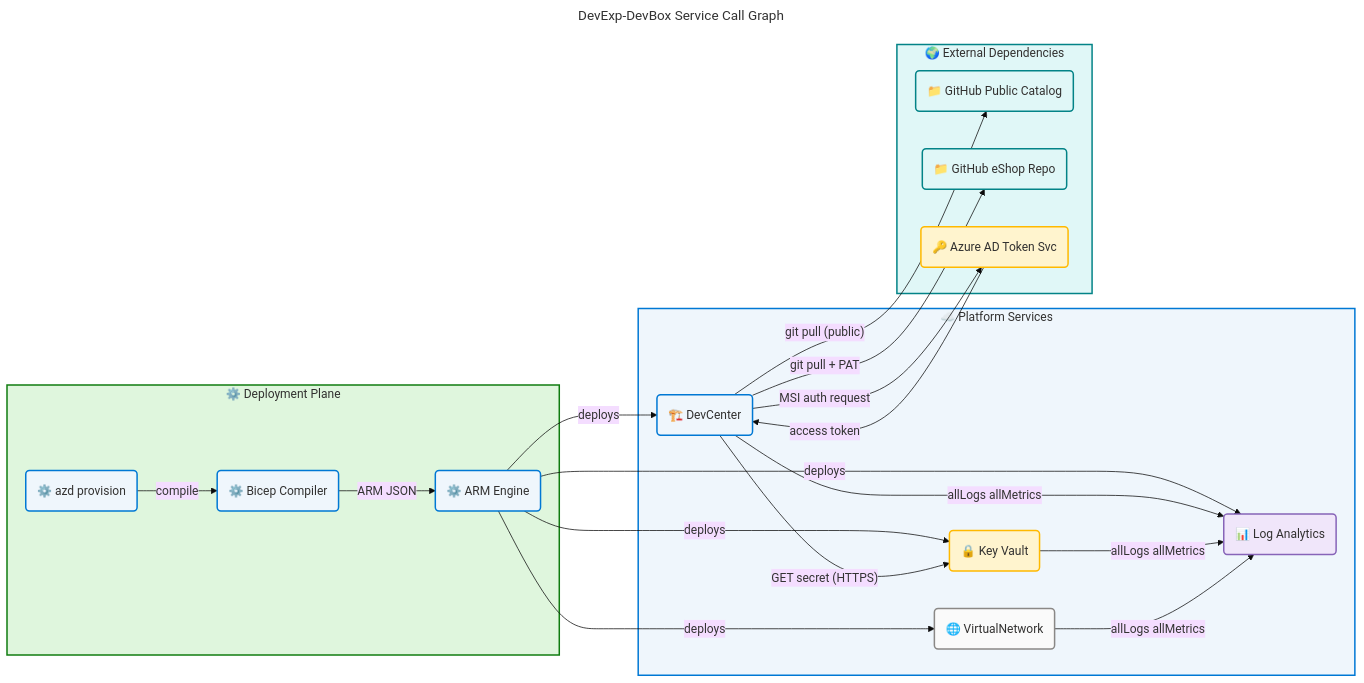
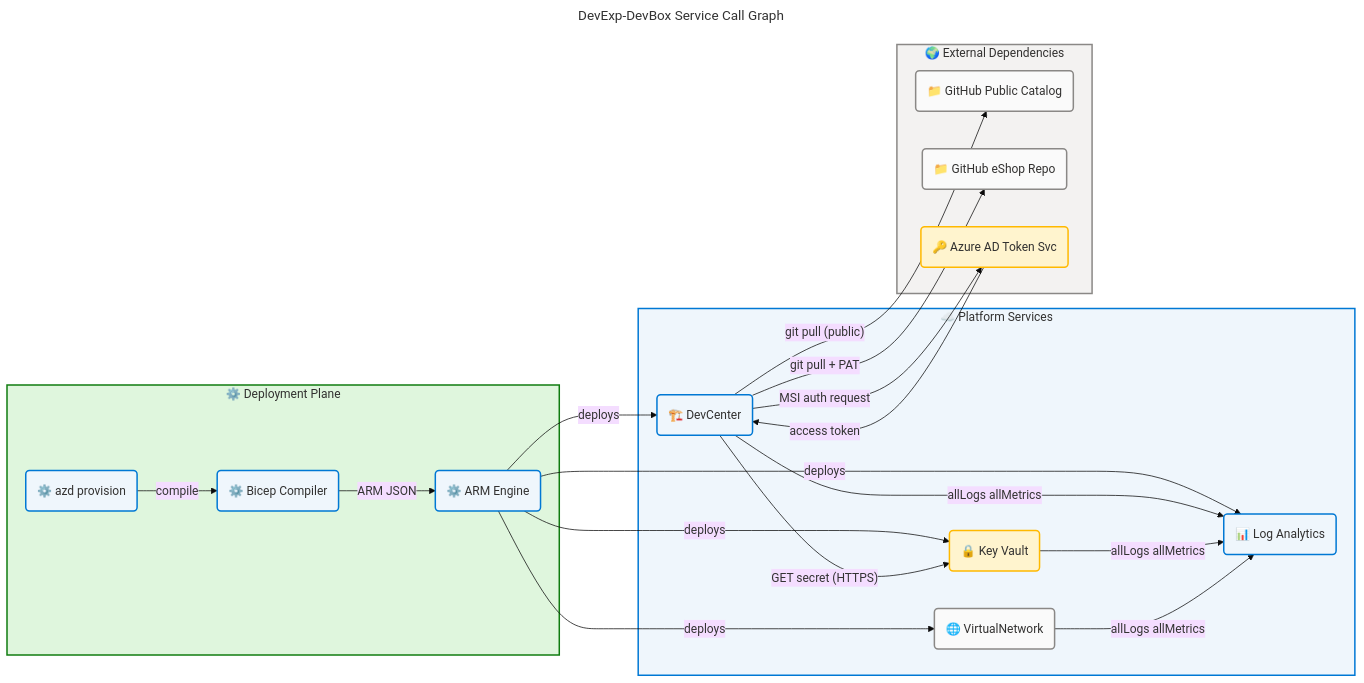
Before and after one commit to Evilazaro/DevExp-DevBox: the sixth of 7 diagrams in docs/architecture/application-architecture.md, drawn with Mermaid. The commit also changed other lines of this file, not shown here.

Commit message:
refactor: Update Mermaid diagram styles for improved visual consistency in application architecture documentation

````diff
--- a/docs/architecture/application-architecture.md
+++ b/docs/architecture/application-architecture.md
@@ -1395,71 +1388,69 @@
 ```mermaid
 ---
 title: "DevExp-DevBox Service Call Graph"
 config:
   theme: base
   look: classic
   layout: dagre
   themeVariables:
     fontSize: '16px'
   flowchart:
     htmlLabels: true
 ---
 flowchart LR
     accTitle: DevExp-DevBox Service Call Graph
     accDescr: Runtime and deployment service-to-service dependencies with protocols and directions
 
 %% ═══════════════════════════════════════════════════════════════════════════
 %% AZURE / FLUENT ARCHITECTURE PATTERN v1.1
 %% (Semantic + Structural + Font + Accessibility Governance)
 %% ═══════════════════════════════════════════════════════════════════════════
 %% PHASE 1 - FLUENT UI: All styling uses approved Fluent UI palette only
 %% PHASE 2 - GROUPS: Every subgraph has semantic color via style directive
 %% PHASE 3 - COMPONENTS: Every node has semantic classDef + icon prefix
 %% PHASE 4 - ACCESSIBILITY: accTitle/accDescr present, WCAG AA contrast
 %% PHASE 5 - STANDARD: Governance block present, classDefs centralized
 %% ═══════════════════════════════════════════════════════════════════════════
 
     subgraph Deploy["⚙️ Deployment Plane"]
         AZD2("⚙️ azd provision"):::core
         ARM2("⚙️ ARM Engine"):::core
         BicepC("⚙️ Bicep Compiler"):::core
     end
 
     subgraph Platform["☁️ Platform Services"]
         DCtwo("🏗️ DevCenter"):::core
         KVtwo("🔒 Key Vault"):::warning
-        LAtwo("📊 Log Analytics"):::data
+        LAtwo("📊 Log Analytics"):::core
         VNtwo("🌐 VirtualNetwork"):::neutral
     end
 
     subgraph ExternalDeps["🌍 External Dependencies"]
-        GHpub2("📁 GitHub Public Catalog"):::external
-        GHpriv2("📁 GitHub eShop Repo"):::external
+        GHpub2("📁 GitHub Public Catalog"):::neutral
+        GHpriv2("📁 GitHub eShop Repo"):::neutral
         ADtoken("🔑 Azure AD Token Svc"):::warning
     end
 
     AZD2 -->|"compile"| BicepC
     BicepC -->|"ARM JSON"| ARM2
     ARM2 -->|"deploys"| DCtwo
     ARM2 -->|"deploys"| KVtwo
     ARM2 -->|"deploys"| LAtwo
     ARM2 -->|"deploys"| VNtwo
     DCtwo -->|"MSI auth request"| ADtoken
     ADtoken -->|"access token"| DCtwo
     DCtwo -->|"GET secret (HTTPS)"| KVtwo
     DCtwo -->|"git pull (public)"| GHpub2
     DCtwo -->|"git pull + PAT"| GHpriv2
     DCtwo -->|"allLogs allMetrics"| LAtwo
     KVtwo -->|"allLogs allMetrics"| LAtwo
     VNtwo -->|"allLogs allMetrics"| LAtwo
 
     style Deploy fill:#DFF6DD,stroke:#107C10,stroke-width:2px,color:#323130
     style Platform fill:#EFF6FC,stroke:#0078D4,stroke-width:2px,color:#323130
-    style ExternalDeps fill:#E0F7F7,stroke:#038387,stroke-width:2px,color:#323130
+    style ExternalDeps fill:#F3F2F1,stroke:#8A8886,stroke-width:2px,color:#323130
 
     classDef neutral fill:#FAFAFA,stroke:#8A8886,stroke-width:2px,color:#323130
     classDef core fill:#EFF6FC,stroke:#0078D4,stroke-width:2px,color:#323130
     classDef warning fill:#FFF4CE,stroke:#FFB900,stroke-width:2px,color:#323130
-    classDef data fill:#F0E6FA,stroke:#8764B8,stroke-width:2px,color:#323130
-    classDef external fill:#E0F7F7,stroke:#038387,stroke-width:2px,color:#323130
 ```
````
